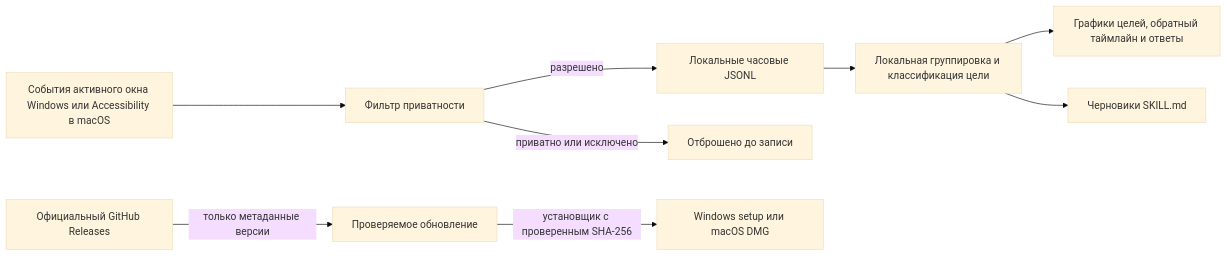
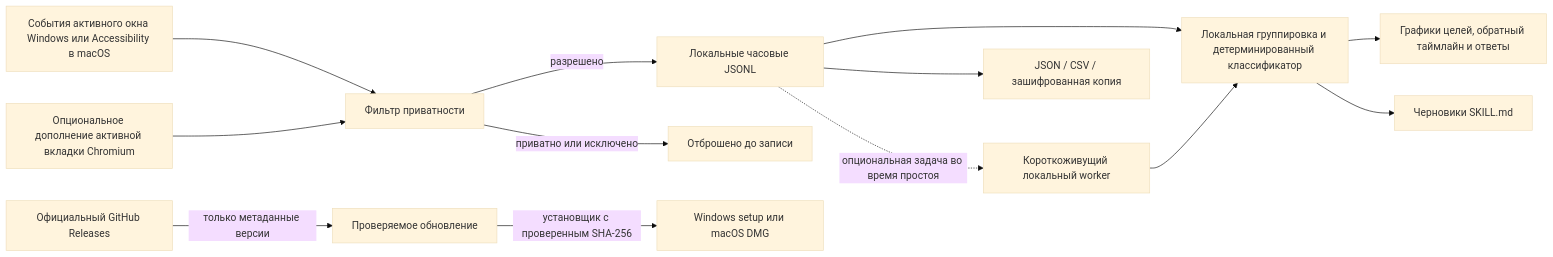
One commit to CaspianG/daytrace changed the diagram in README_RU.md. Above: the diagram before and after it, drawn with Mermaid (base theme). The commit also changed other lines of this file and 76 other files, not shown here.

````diff
--- a/README_RU.md
+++ b/README_RU.md
@@ -154,11 +175,15 @@
 ```mermaid
 flowchart LR
     A["События активного окна Windows или Accessibility в macOS"] --> B["Фильтр приватности"]
+    H["Опциональное дополнение активной вкладки Chromium"] --> B
     B -->|"разрешено"| C["Локальные часовые JSONL"]
     B -->|"приватно или исключено"| X["Отброшено до записи"]
-    C --> D["Локальная группировка и классификация цели"]
+    C --> D["Локальная группировка и детерминированный классификатор"]
+    C -.->|"опциональная задача во время простоя"| M["Короткоживущий локальный worker"]
+    M --> D
     D --> E["Графики целей, обратный таймлайн и ответы"]
     D --> F["Черновики SKILL.md"]
+    C --> K["JSON / CSV / зашифрованная копия"]
     U["Официальный GitHub Releases"] -->|"только метаданные версии"| V["Проверяемое обновление"]
     V -->|"установщик с проверенным SHA-256"| G["Windows setup или macOS DMG"]
 ```
````
